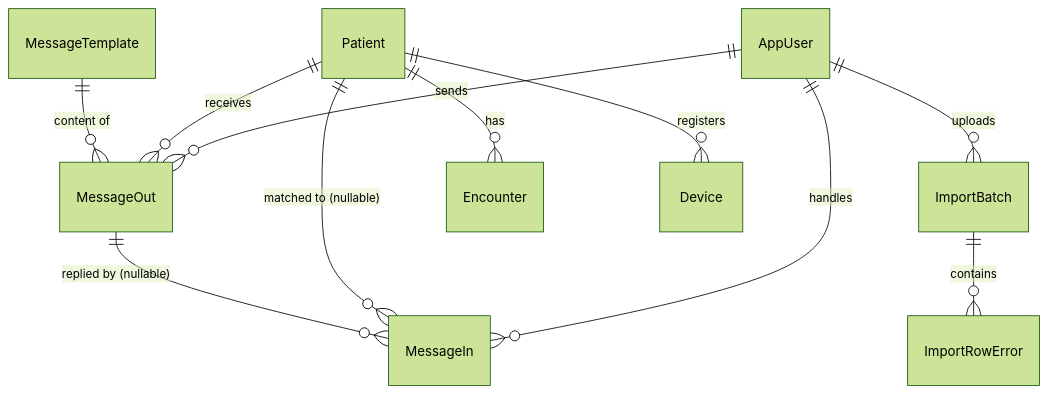
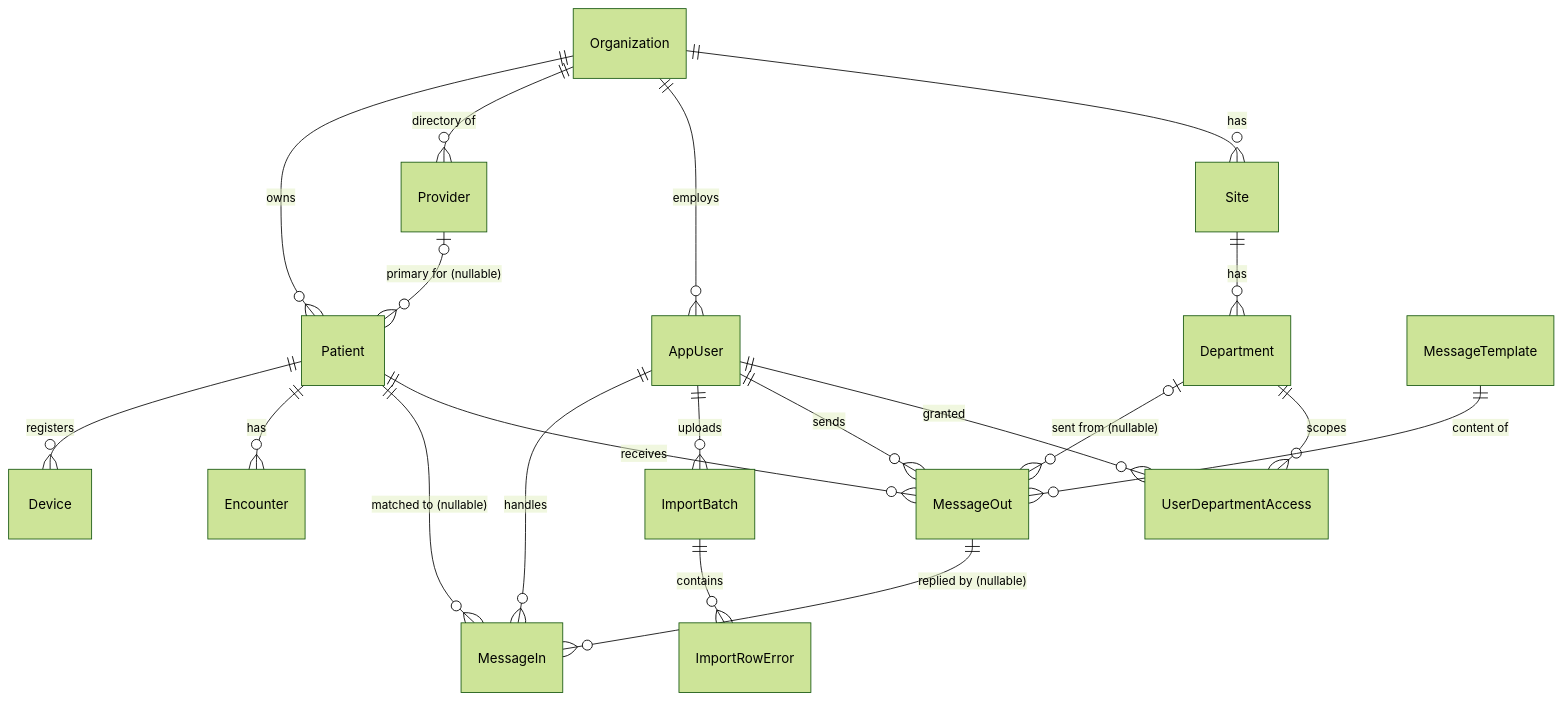
Before and after one commit to andyaaron/sona: the diagram in docs/data-model.md, drawn with Mermaid (forest theme). The commit also changed other lines of this file and 10 other files, not shown here.

````diff
--- a/docs/data-model.md
+++ b/docs/data-model.md
@@ -214,13 +288,22 @@
 ```mermaid
 erDiagram
+    Organization ||--o{ Site : has
+    Site ||--o{ Department : has
+    Organization ||--o{ AppUser : employs
+    Organization ||--o{ Provider : "directory of"
+    Organization ||--o{ Patient : owns
+    Provider o|--o{ Patient : "primary for (nullable)"
+    AppUser ||--o{ UserDepartmentAccess : granted
+    Department ||--o{ UserDepartmentAccess : scopes
+    Department o|--o{ MessageOut : "sent from (nullable)"
     AppUser ||--o{ MessageOut : sends
     AppUser ||--o{ ImportBatch : uploads
     AppUser ||--o{ MessageIn : handles
     Patient ||--o{ MessageOut : receives
     Patient ||--o{ MessageIn : "matched to (nullable)"
     Patient ||--o{ Encounter : has
     Patient ||--o{ Device : registers
     MessageTemplate ||--o{ MessageOut : "content of"
     MessageOut ||--o{ MessageIn : "replied by (nullable)"
     ImportBatch ||--o{ ImportRowError : contains
 ```
````
